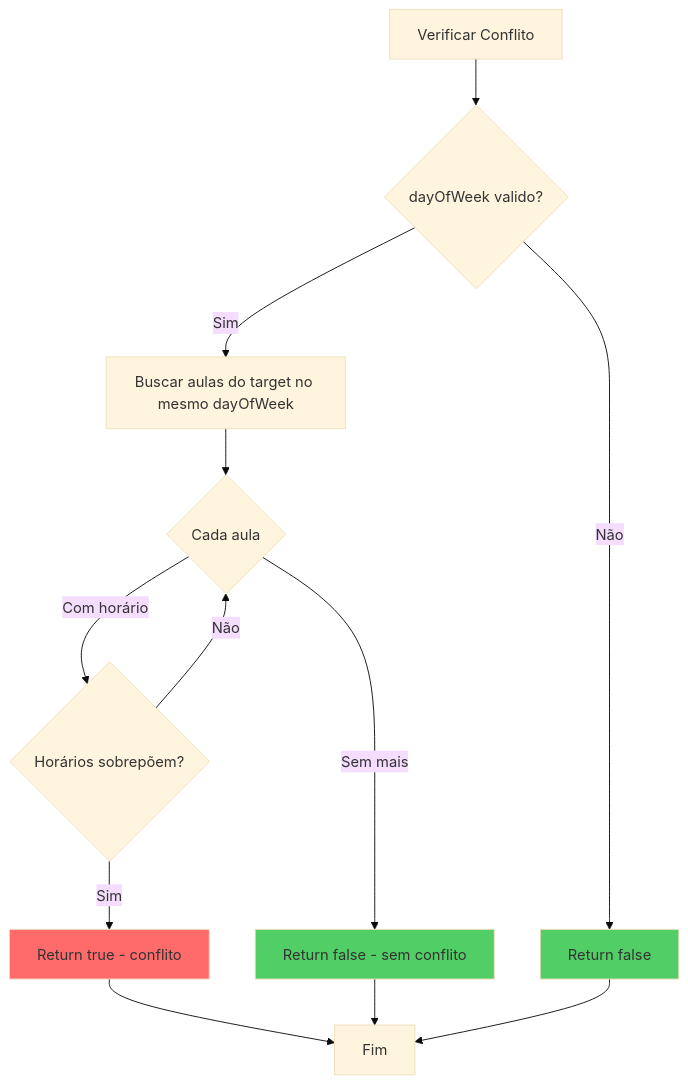
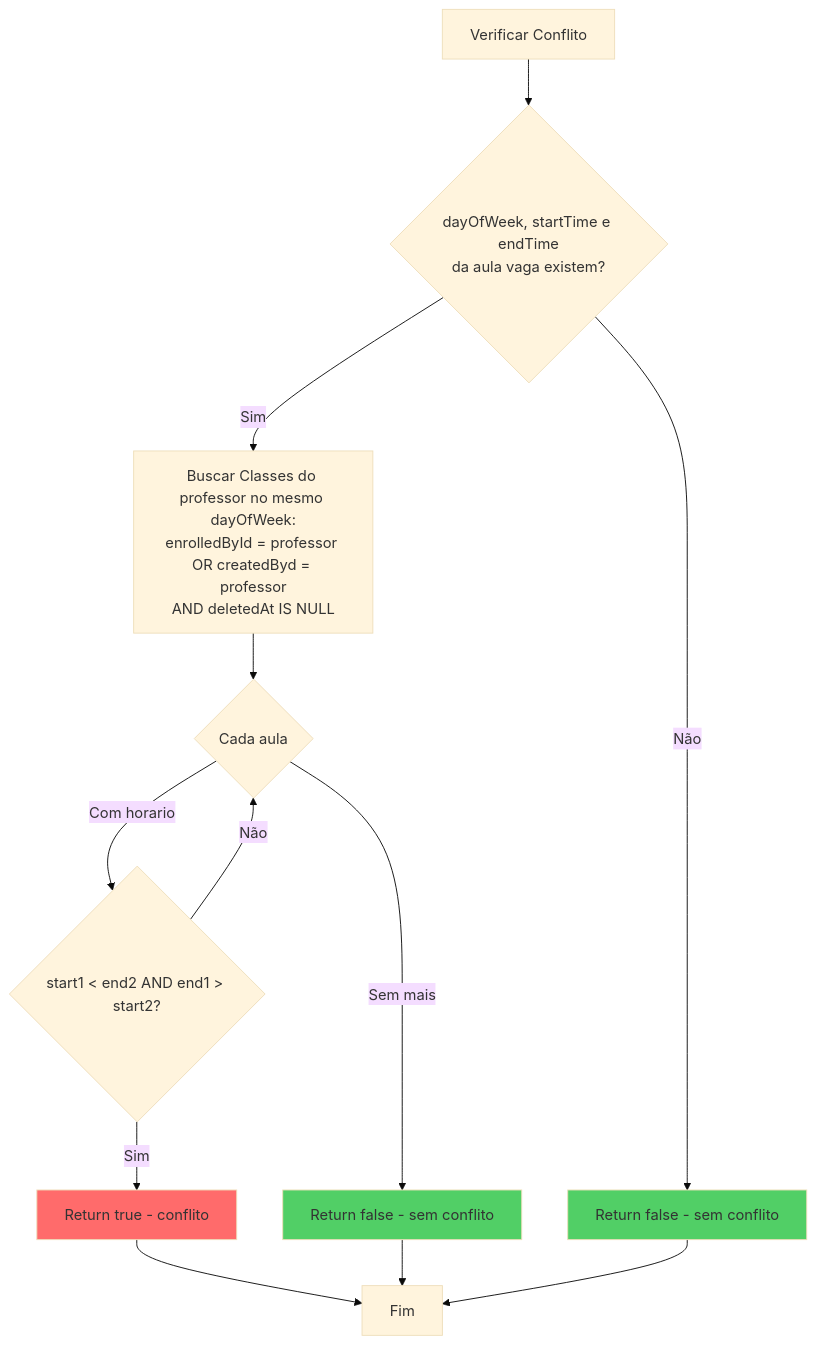
Before and after one commit to TROCA-AULA/troca-aula-backend: diagram 11 of 14 in docs/07-fluxos-negocio.md, drawn with Mermaid (base theme). The commit also changed other lines of this file and 9 other files, not shown here.

````diff
--- a/docs/07-fluxos-negocio.md
+++ b/docs/07-fluxos-negocio.md
@@ -339,23 +356,23 @@
 ```mermaid
 flowchart TD
-    A[Verificar Conflito] --> B{dayOfWeek valido?}
+    A[Verificar Conflito] --> B{dayOfWeek, startTime e endTime<br/>da aula vaga existem?}
     
-    B -->|Não| C[Return false]
-    B -->|Sim| D[Buscar aulas do target no mesmo dayOfWeek]
+    B -->|Não| C[Return false - sem conflito]
+    B -->|Sim| D["Buscar Classes do professor no mesmo dayOfWeek:<br/>enrolledById = professor OR createdByd = professor<br/>AND deletedAt IS NULL"]
     
     D --> E{Cada aula}
     
-    E -->|Com horário| F{Horários sobrepõem?}
+    E -->|Com horario| F{start1 < end2 AND end1 > start2?}
     F -->|Sim| G[Return true - conflito]
     F -->|Não| E
     
     E -->|Sem mais| H[Return false - sem conflito]
     
     G --> I[Fim]
     H --> I
     C --> I
     
     style G fill:#ff6b6b
     style C fill:#51cf66
     style H fill:#51cf66
 ```
````
